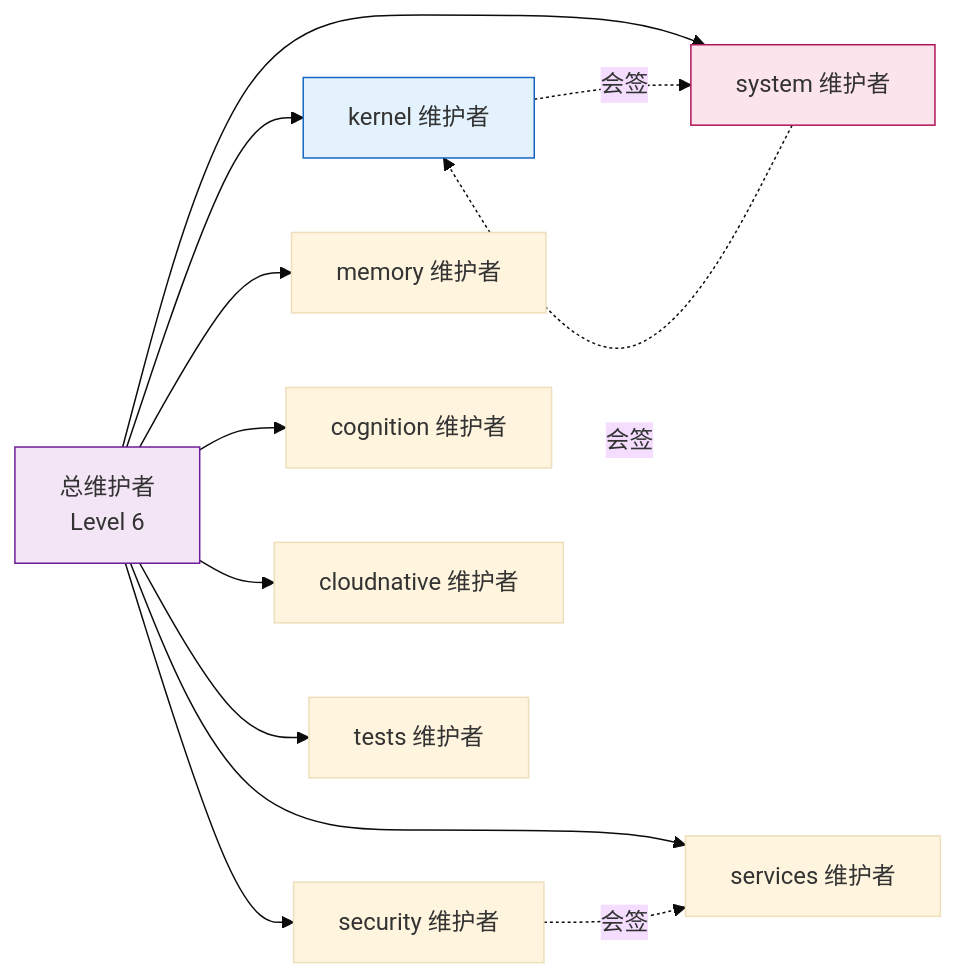
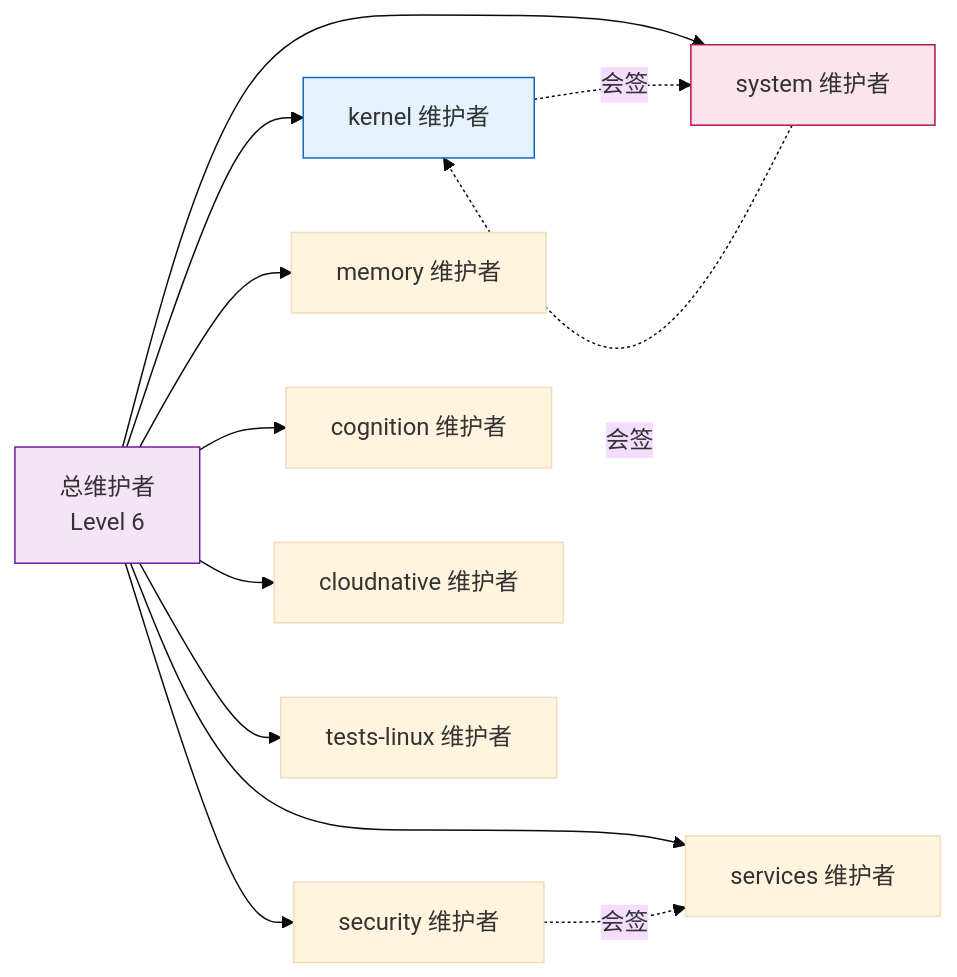
Before and after one commit to openairymax/docs-linux: the second of 5 diagrams in 120-development-process/02-maintainer-hierarchy.md, drawn with Mermaid (base theme). The commit also changed other lines of this file and 72 other files, not shown here.

Commit message:
docs: 整理文档 本次提交完成多项文档标准化修正： 1. 统一将`AgentRT`路径修正为`agentrt`小写命名风格 3. 调整子仓命名：将`tests`统一改为`tests-linux`，移除`airymaxos-`子仓前缀

````diff
--- a/120-development-process/02-maintainer-hierarchy.md
+++ b/120-development-process/02-maintainer-hierarchy.md
@@ -169,29 +169,29 @@
 ```mermaid
 flowchart LR
     CM[总维护者<br/>Level 6]
     K[kernel 维护者]
     SY[system 维护者]
     SE[security 维护者]
     M[memory 维护者]
     S[services 维护者]
     CO[cognition 维护者]
     CL[cloudnative 维护者]
-    T[tests 维护者]
+    T[tests-linux 维护者]
 
     CM --> K
     CM --> SY
     CM --> SE
     CM --> M
     CM --> S
     CM --> CO
     CM --> CL
     CM --> T
 
     SY -.会签.-> K
     K -.会签.-> SY
     SE -.会签.-> S
 
     style CM fill:#f3e5f5,stroke:#6a1b9a
     style K fill:#e3f2fd,stroke:#1565c0
     style SY fill:#fce4ec,stroke:#ad1457
 ```
````
